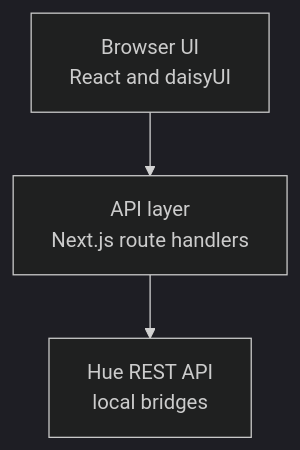
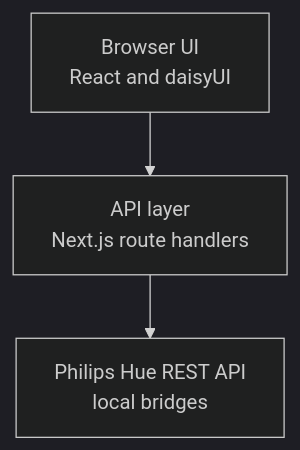
One commit to seesharprun/hue-browser changed the diagram in readme.md. Above: the diagram before and after it, drawn with Mermaid (dark theme). The commit also changed other lines of this file and 15 other files, not shown here.

````diff
--- a/readme.md
+++ b/readme.md
@@ -81,5 +83,5 @@
 ```mermaid
 flowchart TD
     A[Browser UI<br/>React and daisyUI] --> B[API layer<br/>Next.js route handlers]
-    B --> C[Hue REST API<br/>local bridges]
+    B --> C[Philips Hue REST API<br/>local bridges]
 ```
````
